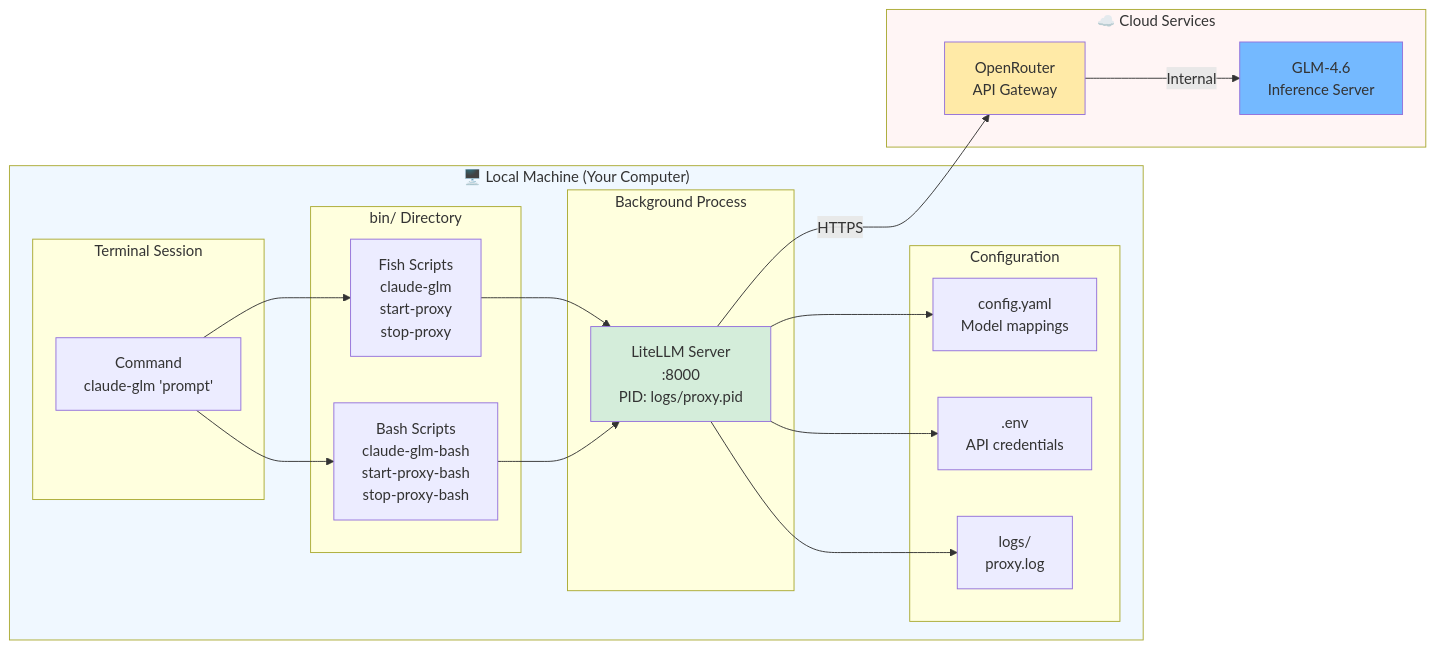
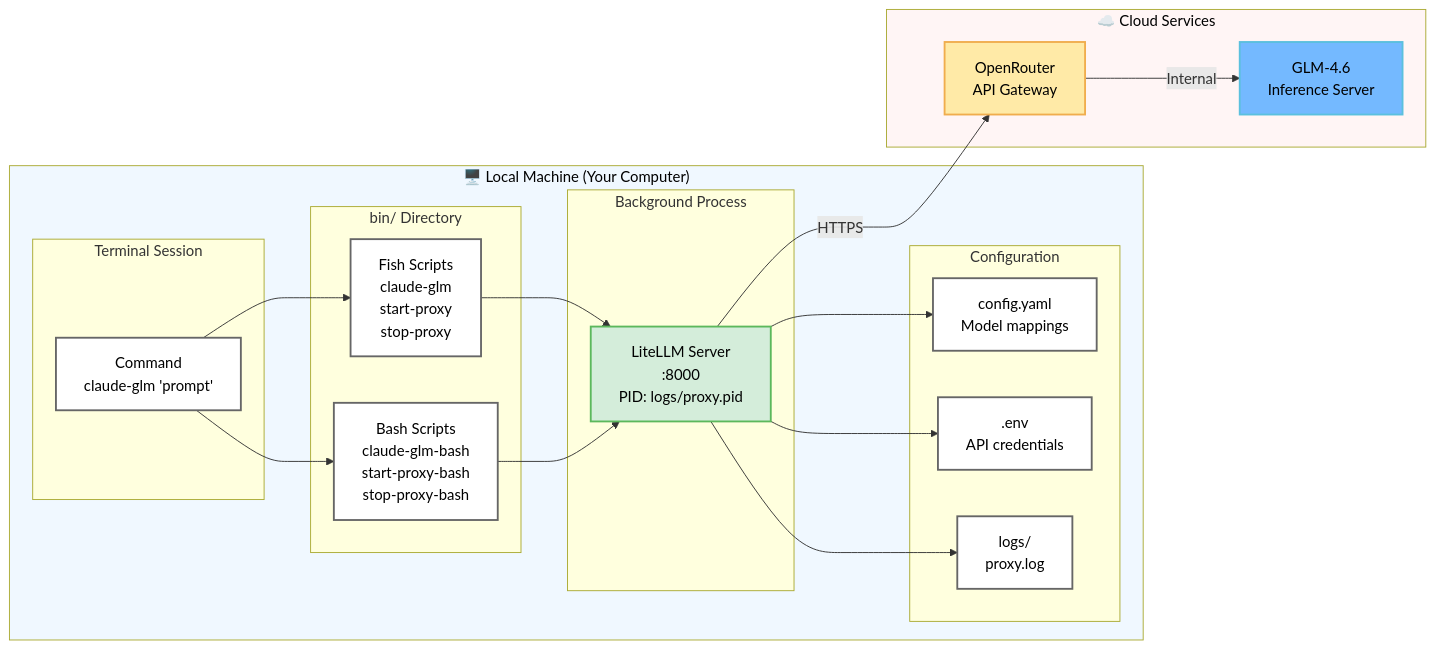
Before and after one commit to arkaigrowth/glm-proxy: the third of 4 diagrams in README.md, drawn with Mermaid. The commit also changed other lines of this file, not shown here.

First line of the commit message:
Fix diagram readability issues

````diff
--- a/README.md
+++ b/README.md
@@ -125,44 +128,50 @@
 ```mermaid
 graph LR
     subgraph Local["🖥️ Local Machine (Your Computer)"]
         subgraph Shell["Terminal Session"]
             CMD[Command<br/>claude-glm 'prompt']
         end
 
         subgraph Scripts["bin/ Directory"]
             Fish[Fish Scripts<br/>claude-glm<br/>start-proxy<br/>stop-proxy]
             Bash[Bash Scripts<br/>claude-glm-bash<br/>start-proxy-bash<br/>stop-proxy-bash]
         end
 
         subgraph Runtime["Background Process"]
             Lit[LiteLLM Server<br/>:8000<br/>PID: logs/proxy.pid]
         end
 
         subgraph Storage["Configuration"]
             YML[config.yaml<br/>Model mappings]
             ENV[.env<br/>API credentials]
             LOG[logs/<br/>proxy.log]
         end
     end
 
     subgraph Cloud["☁️ Cloud Services"]
         Router[OpenRouter<br/>API Gateway]
         Model[GLM-4.6<br/>Inference Server]
     end
 
     CMD --> Fish
     CMD --> Bash
     Fish --> Lit
     Bash --> Lit
     Lit --> YML
     Lit --> ENV
     Lit --> LOG
     Lit -->|HTTPS| Router
     Router -->|Internal| Model
 
-    style Local fill:#f0f8ff
-    style Cloud fill:#fff5f5
-    style Lit fill:#d4edda
-    style Router fill:#ffeaa7
-    style Model fill:#74b9ff
+    style Local fill:#f0f8ff,color:#000
+    style Cloud fill:#fff5f5,color:#000
+    style CMD fill:#fff,stroke:#666,stroke-width:2px,color:#000
+    style Fish fill:#fff,stroke:#666,stroke-width:2px,color:#000
+    style Bash fill:#fff,stroke:#666,stroke-width:2px,color:#000
+    style Lit fill:#d4edda,stroke:#5cb85c,stroke-width:2px,color:#000
+    style YML fill:#fff,stroke:#666,stroke-width:2px,color:#000
+    style ENV fill:#fff,stroke:#666,stroke-width:2px,color:#000
+    style LOG fill:#fff,stroke:#666,stroke-width:2px,color:#000
+    style Router fill:#ffeaa7,stroke:#f0ad4e,stroke-width:2px,color:#000
+    style Model fill:#74b9ff,stroke:#5bc0de,stroke-width:2px,color:#000
 ```
````
